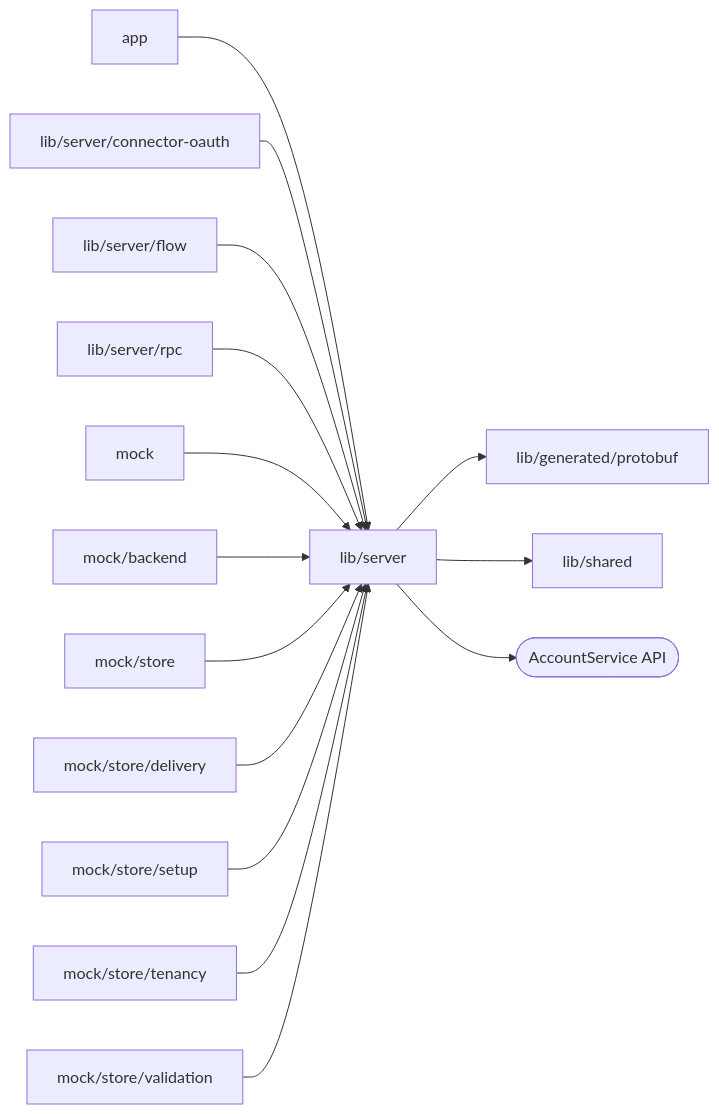
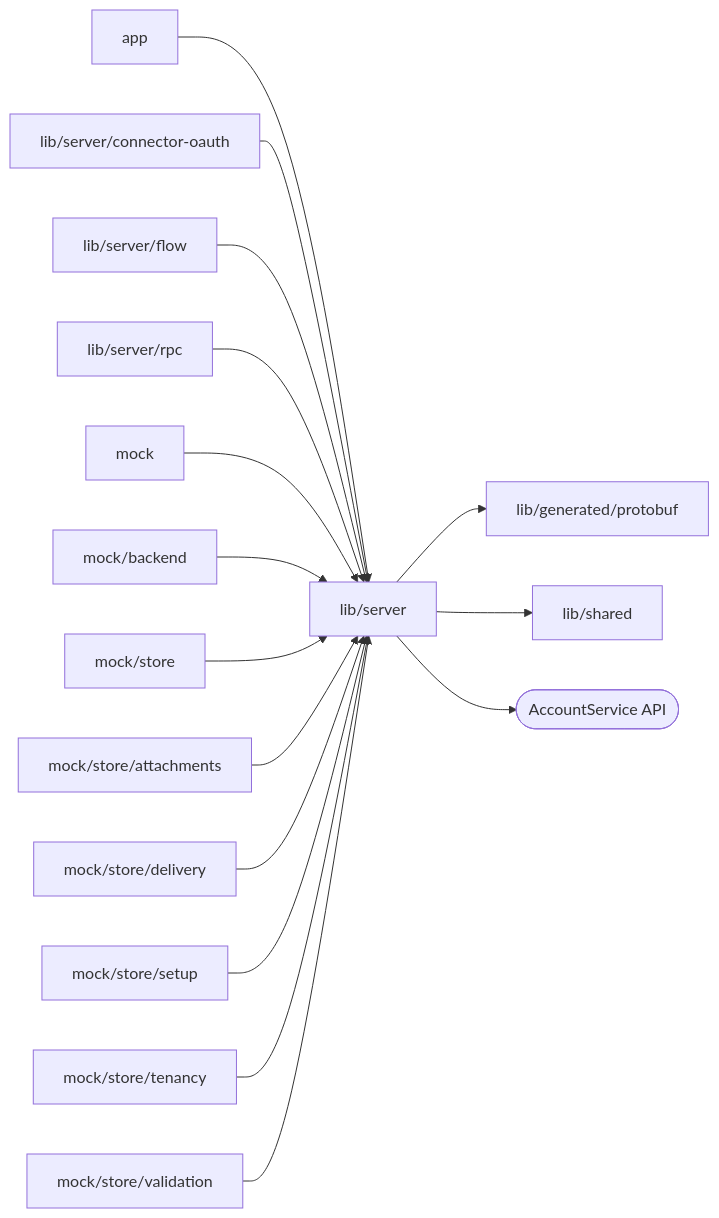
Before and after one commit to superdurable/superverse: the diagram in web/studio/lib/server/README.md, drawn with Mermaid. The commit also changed other lines of this file and 259 other files, not shown here.

````diff
--- a/web/studio/lib/server/README.md
+++ b/web/studio/lib/server/README.md
@@ -10,18 +10,19 @@
 ```mermaid
 flowchart LR
   self["lib/server"]
   c0["app"] --> self
   c1["lib/server/connector-oauth"] --> self
   c2["lib/server/flow"] --> self
   c3["lib/server/rpc"] --> self
   c4["mock"] --> self
   c5["mock/backend"] --> self
   c6["mock/store"] --> self
-  c7["mock/store/delivery"] --> self
-  c8["mock/store/setup"] --> self
-  c9["mock/store/tenancy"] --> self
-  c10["mock/store/validation"] --> self
+  c7["mock/store/attachments"] --> self
+  c8["mock/store/delivery"] --> self
+  c9["mock/store/setup"] --> self
+  c10["mock/store/tenancy"] --> self
+  c11["mock/store/validation"] --> self
   self --> d0["lib/generated/protobuf"]
   self --> d1["lib/shared"]
   self --> e0(["AccountService API"])
 ```
````
